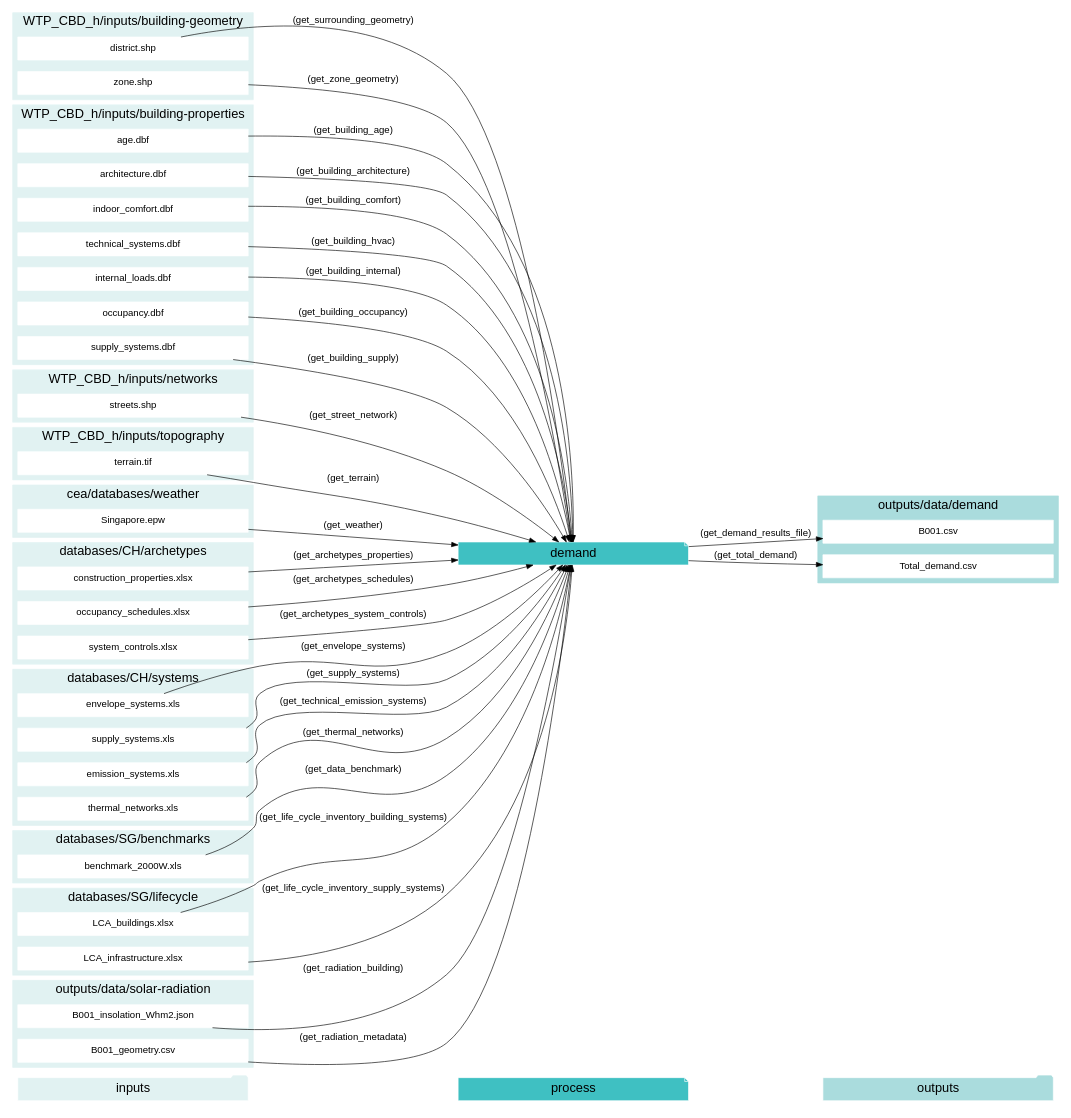
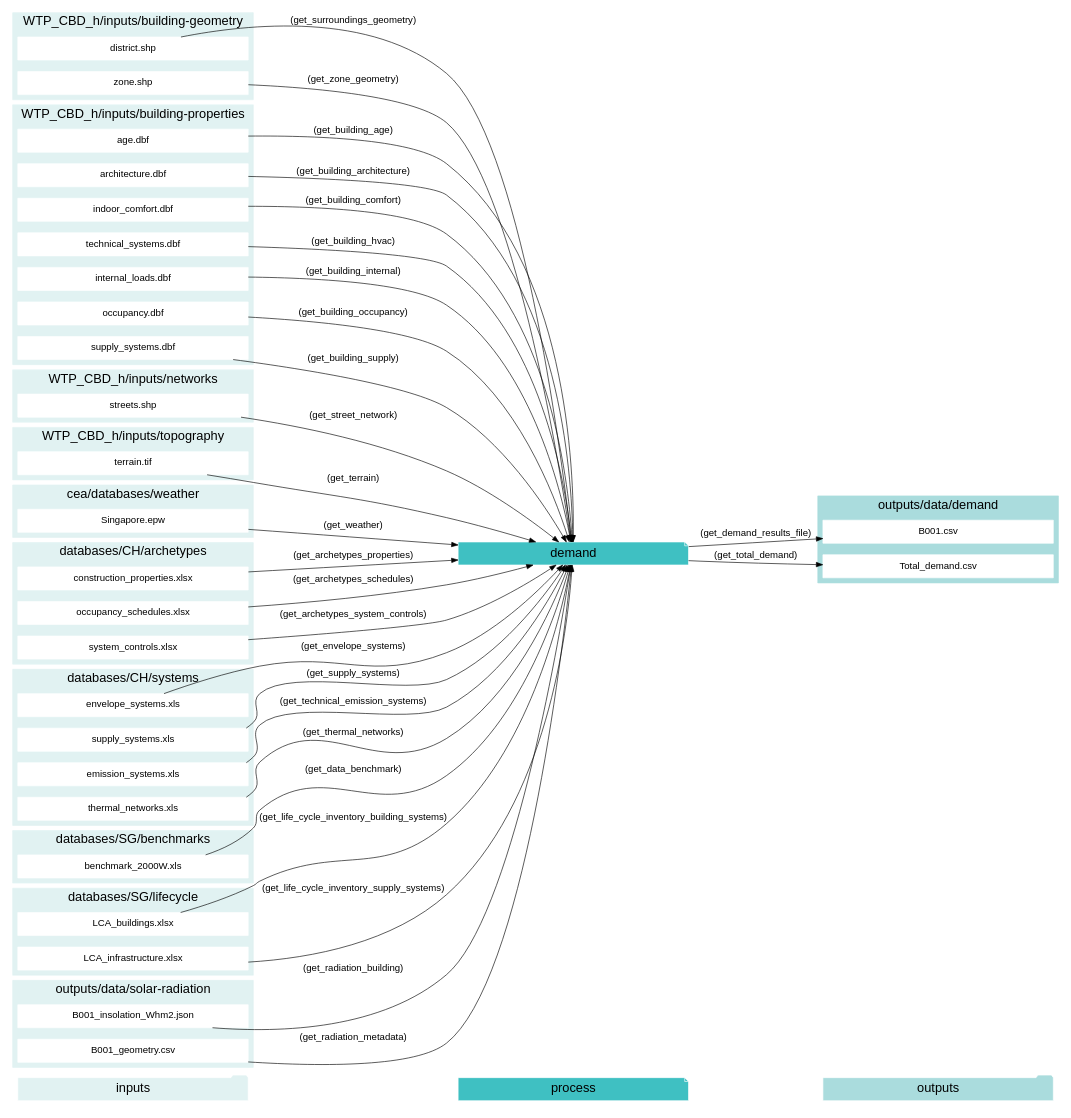
Before and after one commit to architecture-building-systems/CityEnergyAnalyst: the tenth of 12 diagrams in docs/script-data-flow.rst, drawn with Graphviz. The commit also changed other lines of this file and 15 other files, not shown here.

Commit message:
rename get_surrounding_geometry to get_surroungs_geometry

```diff
--- a/docs/script-data-flow.rst
+++ b/docs/script-data-flow.rst
@@ -1443,7 +1443,7 @@
     "occupancy.dbf" -> "demand"[label="(get_building_occupancy)"]
     "supply_systems.dbf" -> "demand"[label="(get_building_supply)"]
     "benchmark_2000W.xls" -> "demand"[label="(get_data_benchmark)"]
-    "district.shp" -> "demand"[label="(get_surrounding_geometry)"]
+    "district.shp" -> "demand"[label="(get_surroundings_geometry)"]
     "envelope_systems.xls" -> "demand"[label="(get_envelope_systems)"]
     "LCA_buildings.xlsx" -> "demand"[label="(get_life_cycle_inventory_building_systems)"]
     "LCA_infrastructure.xlsx" -> "demand"[label="(get_life_cycle_inventory_supply_systems)"]
```
